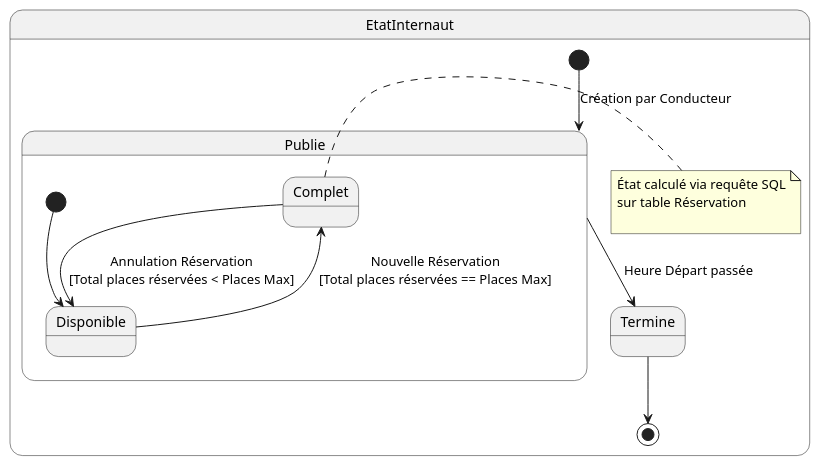
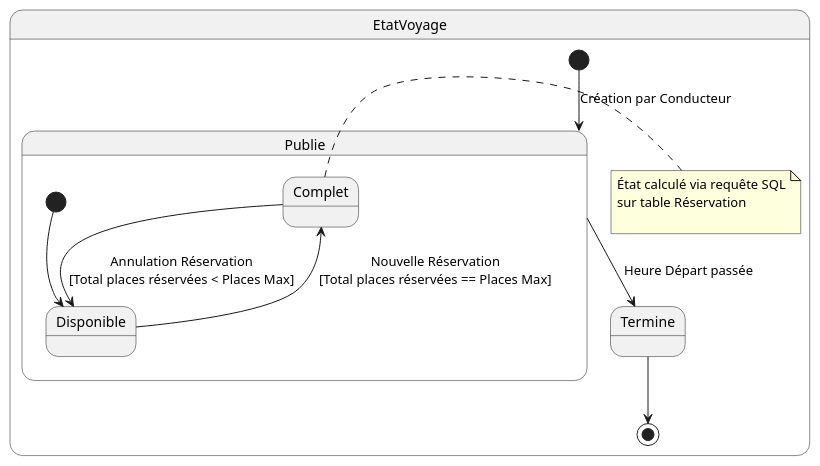
One commit to Chihebkebbas/CERI_Car changed the diagram in UML/state machine diagrams/EtatVoyage.plantUML. Above: the diagram before and after it, drawn with PlantUML.

Commit message:
update UML diagrams

```diff
--- a/UML/state machine diagrams/EtatVoyage.plantUML
+++ b/UML/state machine diagrams/EtatVoyage.plantUML
@@ -1,22 +1,22 @@
 @startuml
 
-state EtatInternaut {
+state EtatVoyage {
 
 [*] --> Publie : Création par Conducteur
 
 state Publie {
   state "Disponible" as Dispo
   state "Complet" as Full
 
   [*] --> Dispo
 
   Dispo --> Full : Nouvelle Réservation\n[Total places réservées == Places Max]
   Full --> Dispo : Annulation Réservation\n[Total places réservées < Places Max]
 }
 
 Publie --> Termine : Heure Départ passée
 Termine --> [*]
 
 note right of Full : État calculé via requête SQL\nsur table Réservation\n
 }
 @enduml
```
